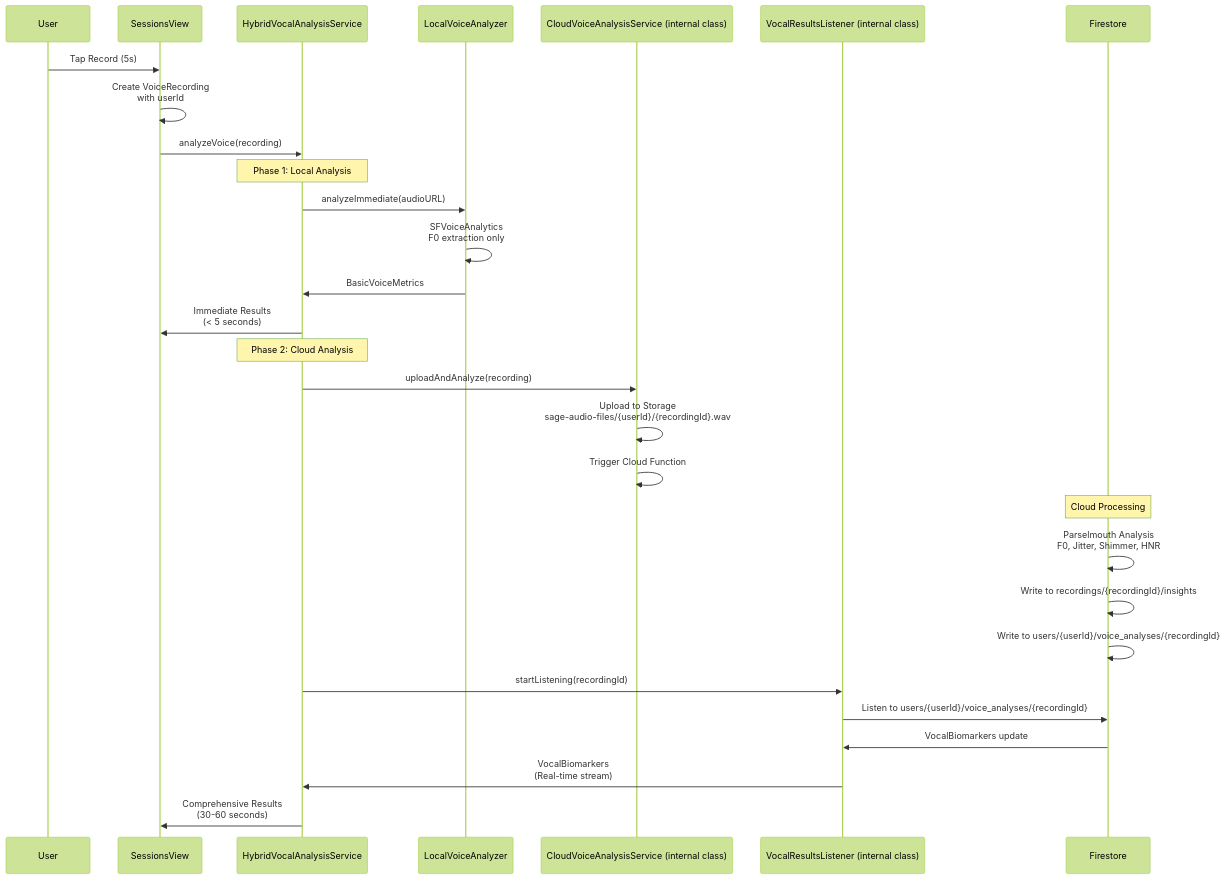
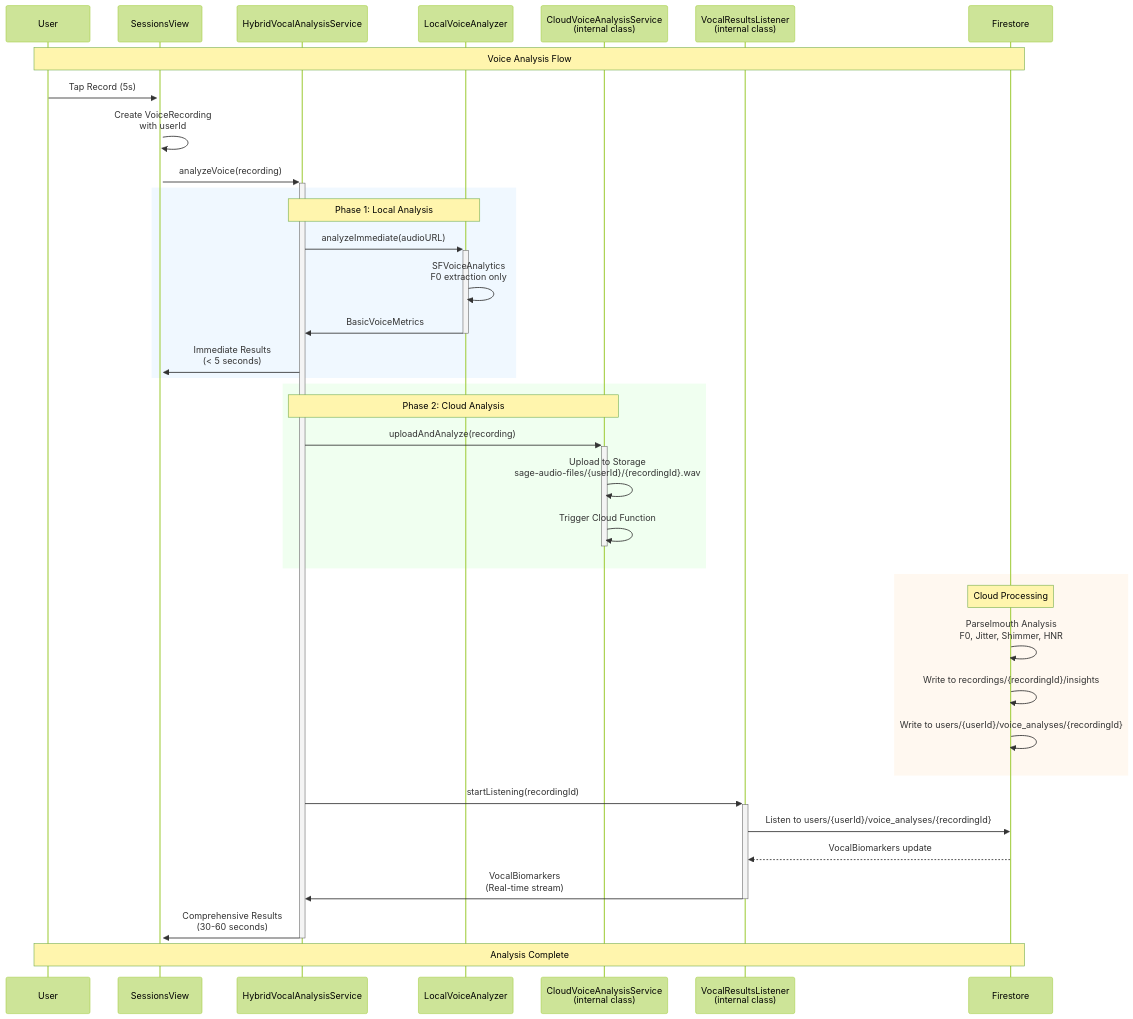
The fourth of 13 diagrams in ARCHITECTURE.md (PoisonIvory/sage), drawn with Mermaid (forest theme) before and after one commit. The commit also changed other lines of this file, not shown here.

First line of the commit message:
Enhance ARCHITECTURE.md with professional visualizations

````diff
--- a/ARCHITECTURE.md
+++ b/ARCHITECTURE.md
@@ -249,36 +245,46 @@
 ```mermaid
 sequenceDiagram
     participant U as User
-    participant S as SessionsView
+    participant S as SessionsView  
     participant H as HybridVocalAnalysisService
     participant L as LocalVoiceAnalyzer
-    participant C as CloudVoiceAnalysisService (internal class)
-    participant V as VocalResultsListener (internal class)
+    participant C as CloudVoiceAnalysisService<br/>(internal class)
+    participant V as VocalResultsListener<br/>(internal class)
     participant F as Firestore
     
-    U->>S: Tap Record (5s)
+    Note over U,F: Voice Analysis Flow
+    
+    U->>+S: Tap Record (5s)
     S->>S: Create VoiceRecording<br/>with userId
-    S->>H: analyzeVoice(recording)
+    S->>+H: analyzeVoice(recording)
     
-    Note over H: Phase 1: Local Analysis
-    H->>L: analyzeImmediate(audioURL)
-    L->>L: SFVoiceAnalytics<br/>F0 extraction only
-    L->>H: BasicVoiceMetrics
-    H->>S: Immediate Results<br/>(< 5 seconds)
+    rect rgb(240, 248, 255)
+        Note over H,L: Phase 1: Local Analysis
+        H->>+L: analyzeImmediate(audioURL)
+        L->>L: SFVoiceAnalytics<br/>F0 extraction only
+        L->>-H: BasicVoiceMetrics
+        H->>S: Immediate Results<br/>(< 5 seconds)
+    end
     
-    Note over H: Phase 2: Cloud Analysis
-    H->>C: uploadAndAnalyze(recording)
-    C->>C: Upload to Storage<br/>sage-audio-files/{userId}/{recordingId}.wav
-    C->>C: Trigger Cloud Function
+    rect rgb(240, 255, 240)
+        Note over H,C: Phase 2: Cloud Analysis
+        H->>+C: uploadAndAnalyze(recording)
+        C->>C: Upload to Storage<br/>sage-audio-files/{userId}/{recordingId}.wav
+        C->>-C: Trigger Cloud Function
+    end
     
-    Note over F: Cloud Processing
-    F->>F: Parselmouth Analysis<br/>F0, Jitter, Shimmer, HNR
-    F->>F: Write to recordings/{recordingId}/insights
-    F->>F: Write to users/{userId}/voice_analyses/{recordingId}
+    rect rgb(255, 248, 240)
+        Note over F: Cloud Processing
+        F->>F: Parselmouth Analysis<br/>F0, Jitter, Shimmer, HNR
+        F->>F: Write to recordings/{recordingId}/insights
+        F->>F: Write to users/{userId}/voice_analyses/{recordingId}
+    end
     
-    H->>V: startListening(recordingId)
+    H->>+V: startListening(recordingId)
     V->>F: Listen to users/{userId}/voice_analyses/{recordingId}
-    F->>V: VocalBiomarkers update
-    V->>H: VocalBiomarkers<br/>(Real-time stream)
-    H->>S: Comprehensive Results<br/>(30-60 seconds)
+    F-->>V: VocalBiomarkers update
+    V->>-H: VocalBiomarkers<br/>(Real-time stream)
+    H->>-S: Comprehensive Results<br/>(30-60 seconds)
+    
+    Note over U,F: Analysis Complete
 ```
````
